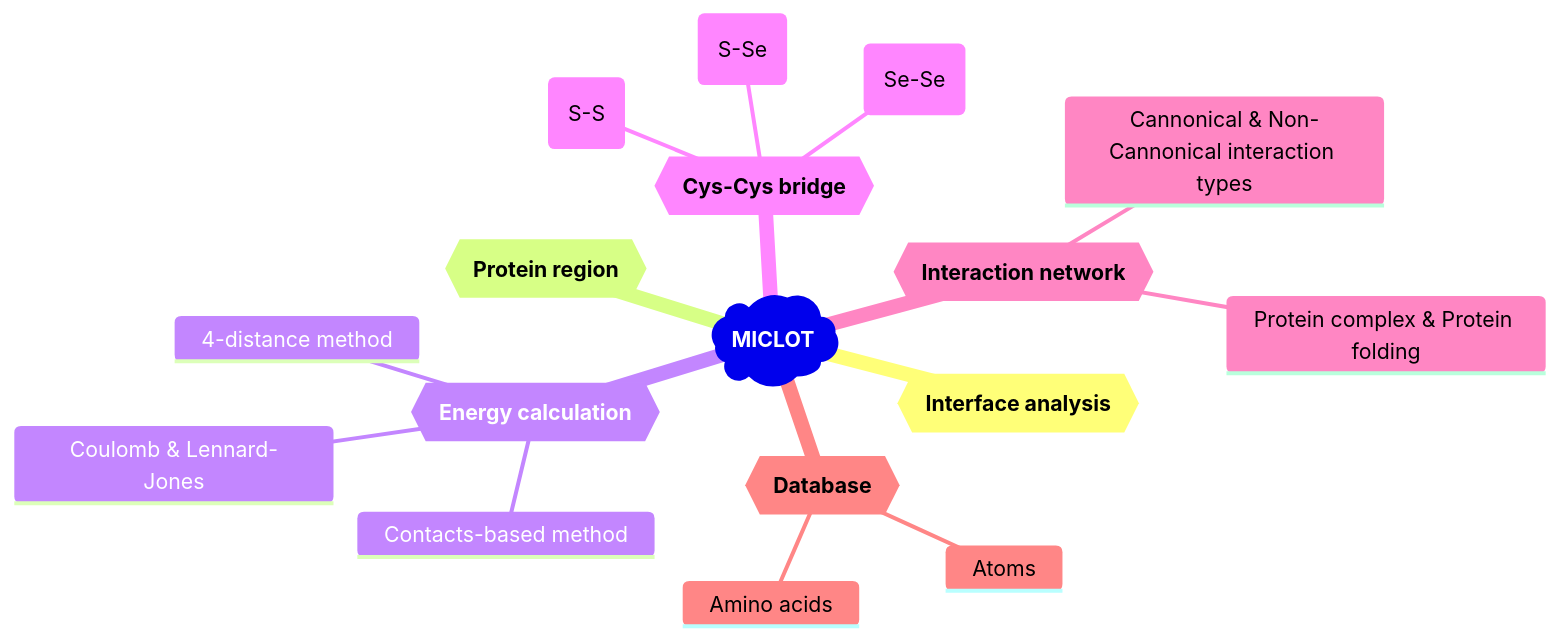
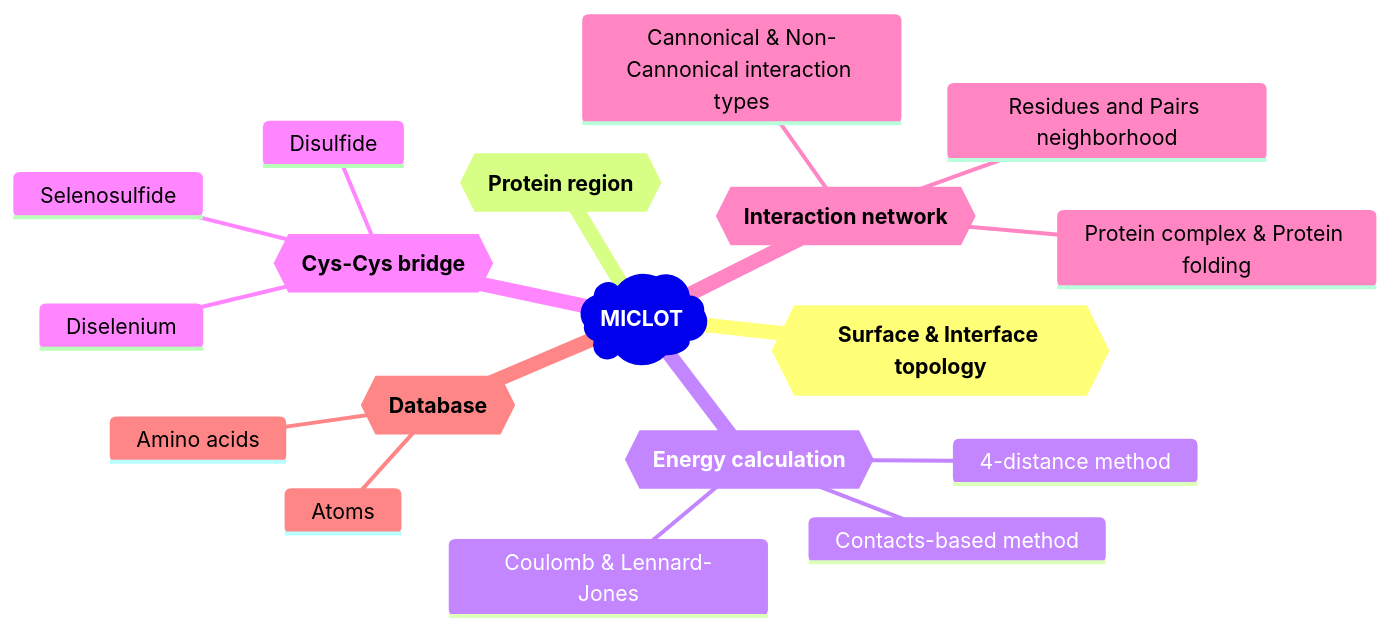
The diagram in README.md (TMiclot/MICLOT), drawn with Mermaid before and after one commit. The commit also changed 3 other files, not shown here.

````diff
--- a/README.md
+++ b/README.md
@@ -22,20 +22,21 @@
 ```mermaid
 mindmap
     root)**MICLOT**(
-        id{{**Interface analysis**}}
+        id{{**Surface & Interface topology**}}
         id{{**Protein region**}}
         id{{**Energy calculation**}}
             Contacts-based method
             4-distance method
             Coulomb & Lennard-Jones
         id{{**Cys-Cys bridge**}}
-            Disulfide (S-S)
-            Diselenium (Se-Se)
-            Selenosulfide (S-Se)
+            Disulfide
+            Diselenium
+            Selenosulfide
         id{{**Interaction network**}}
             Protein complex & Protein folding
             Cannonical & Non-Cannonical interaction types
+            Residues and Pairs neighborhood
         id{{**Database**}}
             Amino acids
             Atoms
 ```
````
